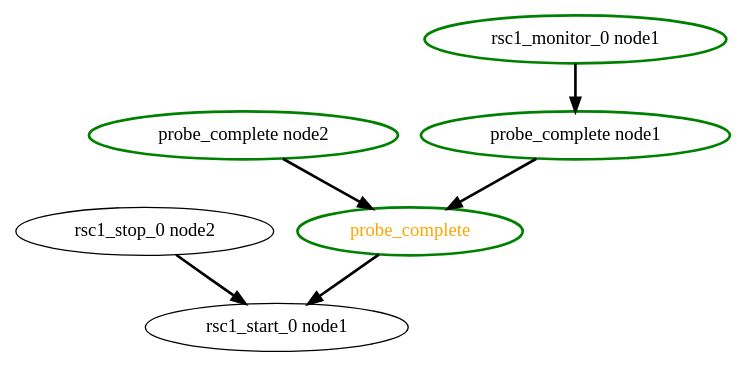
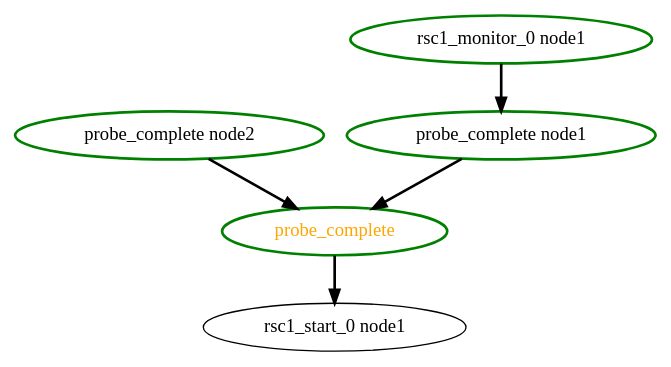
Before and after one commit to richiewen8/heartbeat: the diagram in crm/pengine/testcases/rec-rsc-4.dot, drawn with Graphviz. The commit also changed 26 other files, not shown here.

```diff
--- a/crm/pengine/testcases/rec-rsc-4.dot
+++ b/crm/pengine/testcases/rec-rsc-4.dot
@@ -1,11 +1,10 @@
  digraph "g" {
 "probe_complete node1" -> "probe_complete" [ style = bold]
 "probe_complete node1" [ style=bold color="green" fontcolor="black" ]
 "probe_complete node2" -> "probe_complete" [ style = bold]
 "probe_complete node2" [ style=bold color="green" fontcolor="black" ]
 "probe_complete" -> "rsc1_start_0 node1" [ style = bold]
 "probe_complete" [ style=bold color="green" fontcolor="orange" ]
 "rsc1_monitor_0 node1" -> "probe_complete node1" [ style = bold]
 "rsc1_monitor_0 node1" [ style=bold color="green" fontcolor="black" ]
-"rsc1_stop_0 node2" -> "rsc1_start_0 node1" [ style = bold]
 }
```
